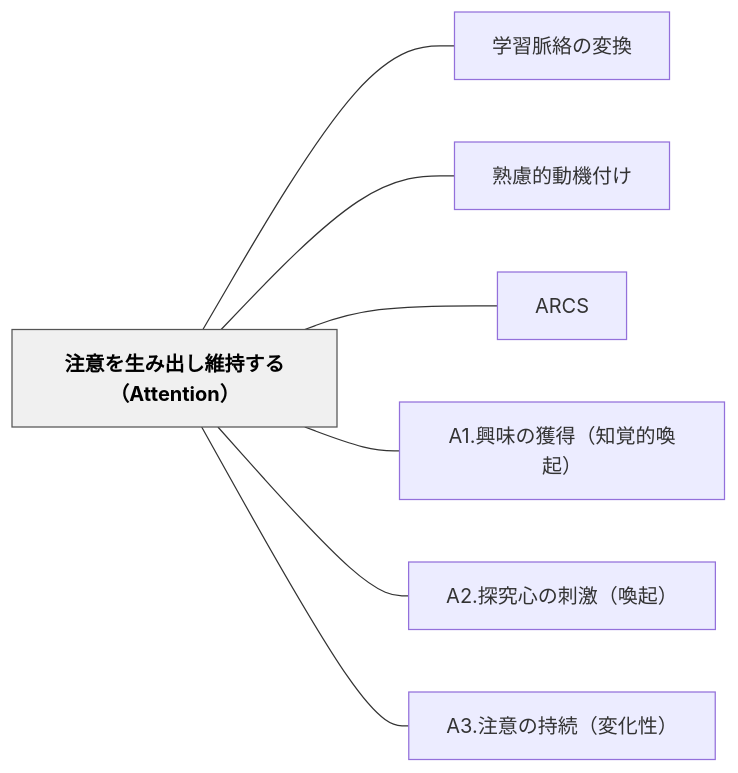
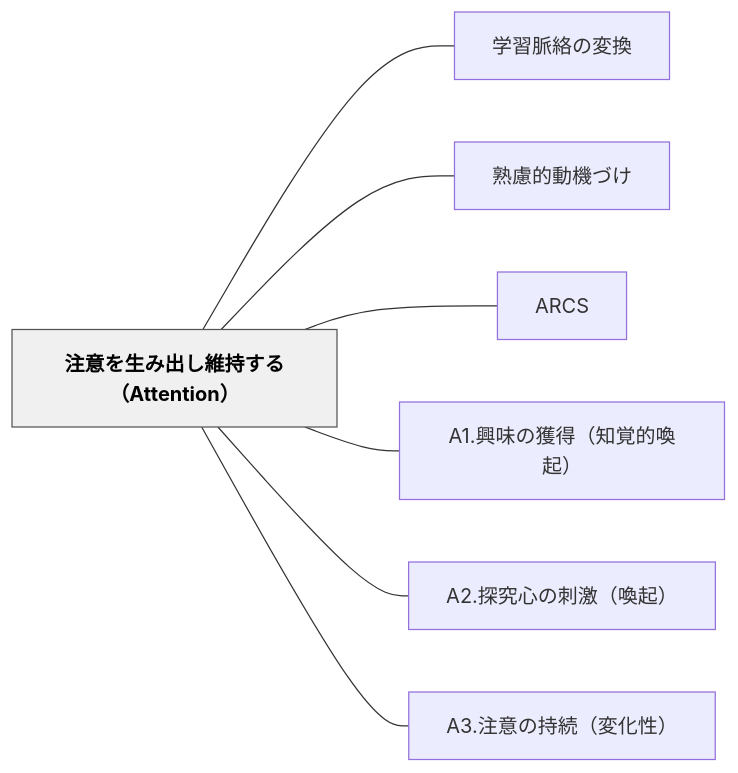
The diagram in content/パタン/注意を生み出し維持する（Attention）.md (unknownthings-ed-patterns/unknownthings-ed-patterns), drawn with Mermaid before and after one commit. The commit also changed other lines of this file and 234 other files, not shown here.

````diff
--- a/content/パタン/注意を生み出し維持する（Attention）.md
+++ b/content/パタン/注意を生み出し維持する（Attention）.md
@@ -37,20 +37,20 @@
 ```mermaid
 flowchart LR
     ne6b3a8e6848fe38292e7949fe381bfe587bae38197e7b6ade68c81e38199e3828befbc88417474656e74696f6eefbc89["注意を生み出し維持する（Attention）"]
     ne5ada6e7bf92e88488e7b5a1e381aee5a489e68f9b["学習脈絡の変換"]
-    ne7869fe685aee79a84e58b95e6a99fe4bb98e38191["熟慮的動機付け"]
+    ne7869fe685aee79a84e58b95e6a99fe381a5e38191["熟慮的動機づけ"]
     n41524353["ARCS"]
     n41312ee88888e591b3e381aee78db2e5be97efbc88e79fa5e8a69ae79a84e5969ae8b5b7efbc89["A1.興味の獲得（知覚的喚起）"]
     n41322ee68ea2e7a9b6e5bf83e381aee588bae6bf80efbc88e5969ae8b5b7efbc89["A2.探究心の刺激（喚起）"]
     n41332ee6b3a8e6848fe381aee68c81e7b69aefbc88e5a489e58c96e680a7efbc89["A3.注意の持続（変化性）"]
 
     ne6b3a8e6848fe38292e7949fe381bfe587bae38197e7b6ade68c81e38199e3828befbc88417474656e74696f6eefbc89 --- ne5ada6e7bf92e88488e7b5a1e381aee5a489e68f9b
-    ne6b3a8e6848fe38292e7949fe381bfe587bae38197e7b6ade68c81e38199e3828befbc88417474656e74696f6eefbc89 --- ne7869fe685aee79a84e58b95e6a99fe4bb98e38191
+    ne6b3a8e6848fe38292e7949fe381bfe587bae38197e7b6ade68c81e38199e3828befbc88417474656e74696f6eefbc89 --- ne7869fe685aee79a84e58b95e6a99fe381a5e38191
     ne6b3a8e6848fe38292e7949fe381bfe587bae38197e7b6ade68c81e38199e3828befbc88417474656e74696f6eefbc89 --- n41524353
     ne6b3a8e6848fe38292e7949fe381bfe587bae38197e7b6ade68c81e38199e3828befbc88417474656e74696f6eefbc89 --- n41312ee88888e591b3e381aee78db2e5be97efbc88e79fa5e8a69ae79a84e5969ae8b5b7efbc89
     ne6b3a8e6848fe38292e7949fe381bfe587bae38197e7b6ade68c81e38199e3828befbc88417474656e74696f6eefbc89 --- n41322ee68ea2e7a9b6e5bf83e381aee588bae6bf80efbc88e5969ae8b5b7efbc89
     ne6b3a8e6848fe38292e7949fe381bfe587bae38197e7b6ade68c81e38199e3828befbc88417474656e74696f6eefbc89 --- n41332ee6b3a8e6848fe381aee68c81e7b69aefbc88e5a489e58c96e680a7efbc89
 
     classDef hub fill:#f0f0f0,stroke:#555,color:#000,font-weight:bold
     class ne6b3a8e6848fe38292e7949fe381bfe587bae38197e7b6ade68c81e38199e3828befbc88417474656e74696f6eefbc89 hub
 ```
````
